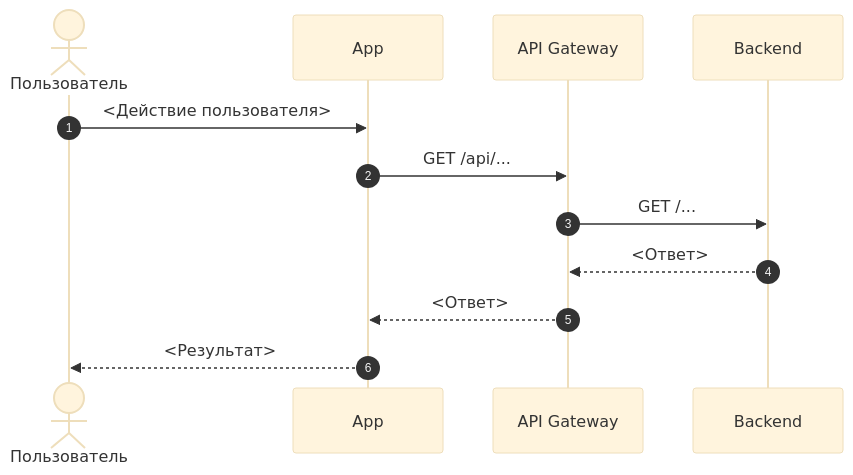
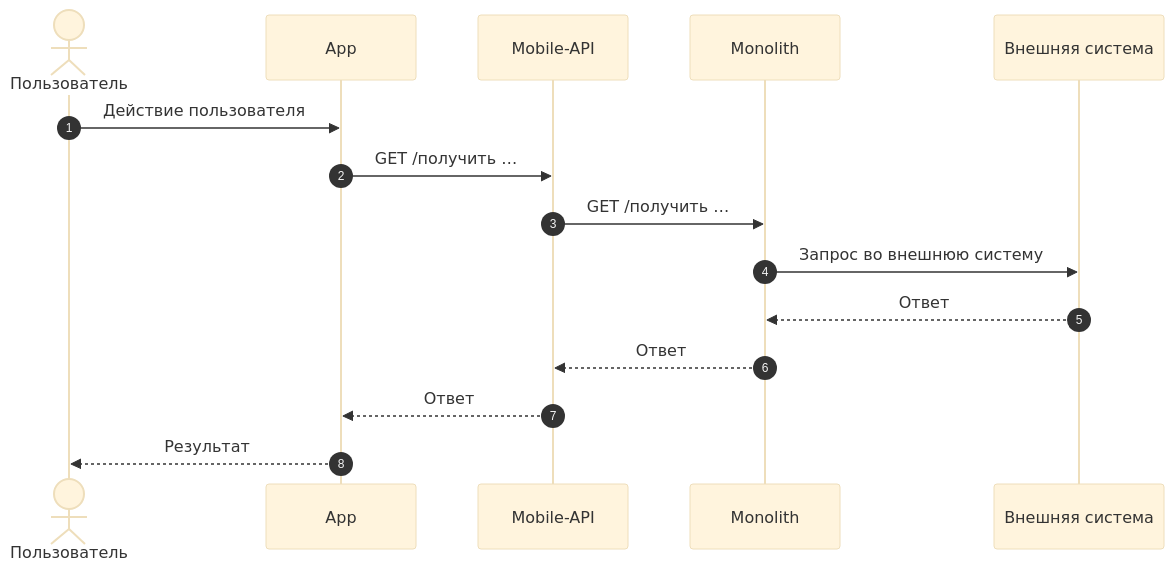
The first of 2 diagrams in skill/srs/template.md (Terinss155/opencode-agents-analysis), drawn with Mermaid (base theme) before and after one commit. The commit also changed other lines of this file and 50 other files, not shown here.

````diff
--- a/skill/srs/template.md
+++ b/skill/srs/template.md
@@ -118,16 +58,18 @@
 ```mermaid
 sequenceDiagram
     autonumber
-
     actor U as Пользователь
     participant APP as App
-    participant API as API Gateway
-    participant BE as Backend
+    participant API as Mobile-API
+    participant MON as Monolith
+    participant EXT as Внешняя система
 
-    U->>APP: <Действие пользователя>
-    APP->>API: GET /api/...
-    API->>BE: GET /...
-    BE-->>API: <Ответ>
-    API-->>APP: <Ответ>
-    APP-->>U: <Результат>
+    U->>APP: Действие пользователя
+    APP->>API: GET /получить …
+    API->>MON: GET /получить …
+    MON->>EXT: Запрос во внешнюю систему
+    EXT-->>MON: Ответ
+    MON-->>API: Ответ
+    API-->>APP: Ответ
+    APP-->>U: Результат
 ```
````
